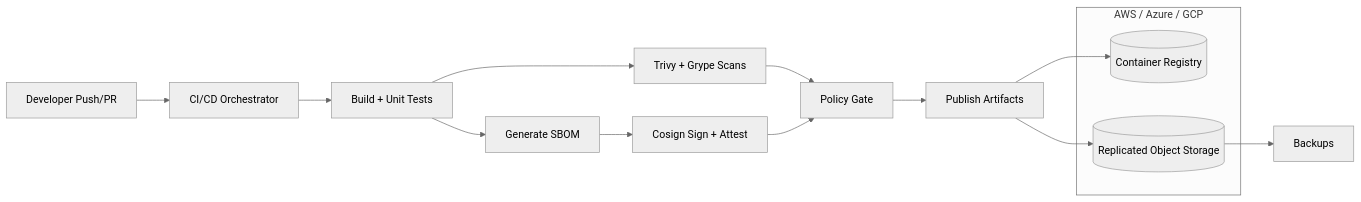
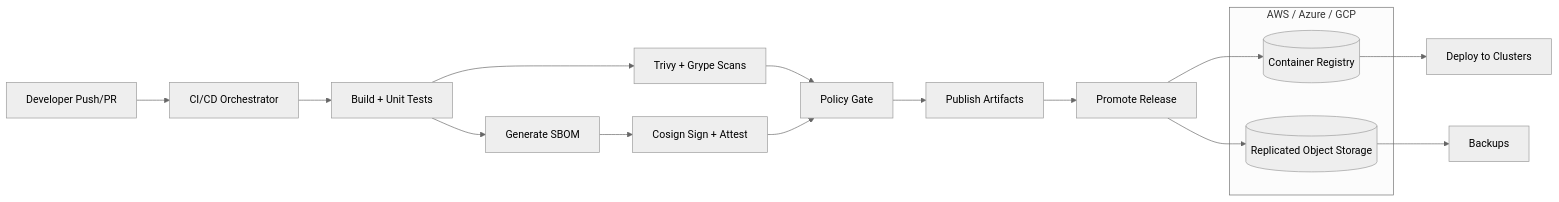
The diagram in DevSecOps Pipeline with SBOM & SLSA/README.md (MirceaStefanescu/Portofolio), drawn with Mermaid (neutral theme) before and after one commit. The commit also changed other lines of this file and 1 other file, not shown here.

Commit message:
docs: refine architecture diagrams for devsecops and chat

````diff
--- a/DevSecOps Pipeline with SBOM & SLSA/README.md
+++ b/DevSecOps Pipeline with SBOM & SLSA/README.md
@@ -27,20 +27,22 @@
 ```mermaid
 flowchart LR
   Dev[Developer Push/PR] --> CI[CI/CD Orchestrator]
   CI --> Build[Build + Unit Tests]
   Build --> SBOM[Generate SBOM]
   Build --> Scan[Trivy + Grype Scans]
   SBOM --> Sign[Cosign Sign + Attest]
   Scan --> Gate[Policy Gate]
   Sign --> Gate
   Gate --> Publish[Publish Artifacts]
+  Publish --> Promote[Promote Release]
 
   subgraph Clouds[AWS / Azure / GCP]
     Registry[(Container Registry)]
     Store[(Replicated Object Storage)]
   end
 
-  Publish --> Registry
-  Publish --> Store
+  Promote --> Registry
+  Promote --> Store
+  Registry --> Deploy[Deploy to Clusters]
   Store --> Backup[Backups]
 ```
````
